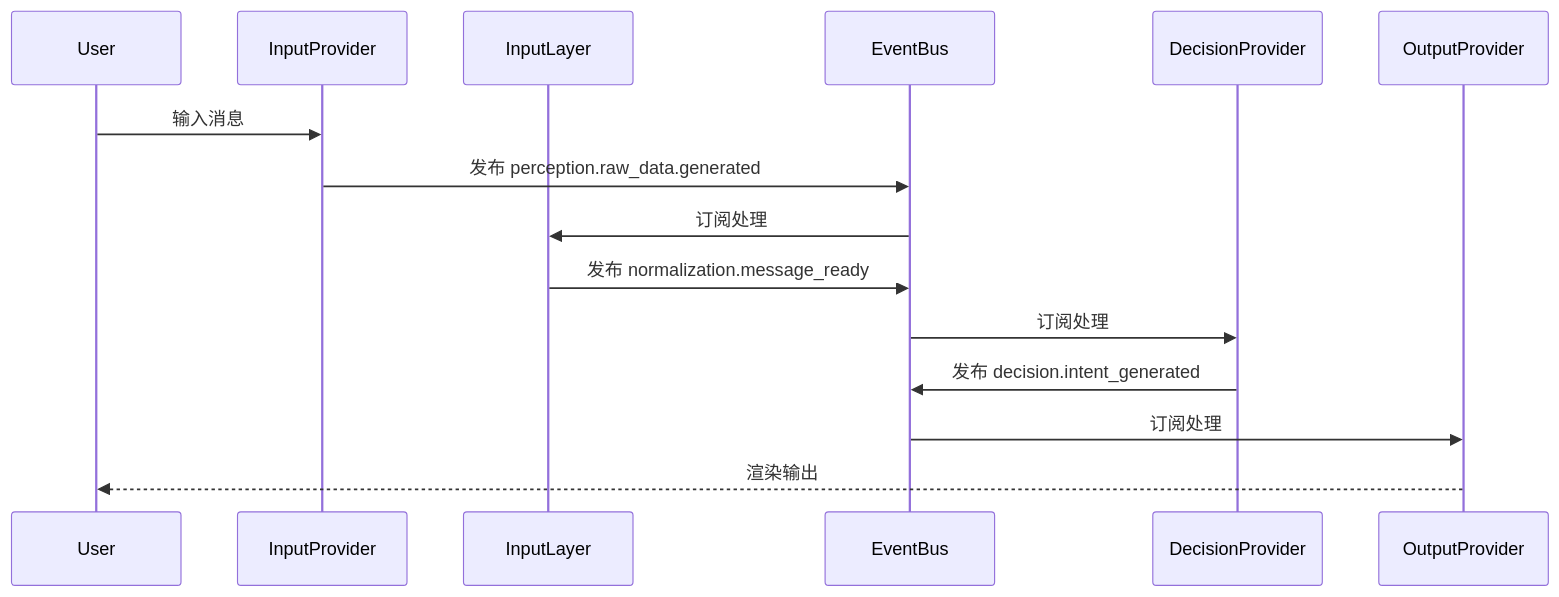
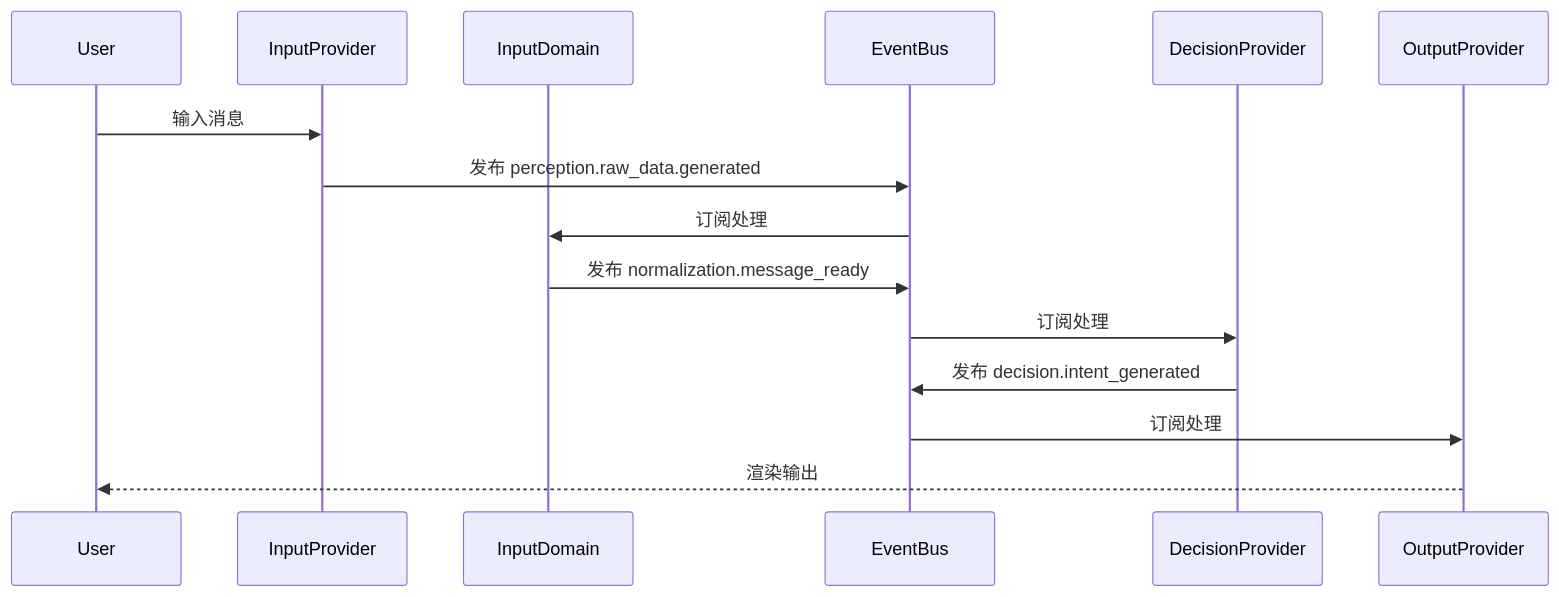
Before and after one commit to Mai-with-u/Amaidesu: the first of 2 diagrams in README.md, drawn with Mermaid. The commit also changed other lines of this file and 105 other files, not shown here.

First line of the commit message:
refactor: Provider Schema 自管理迁移

````diff
--- a/README.md
+++ b/README.md
@@ -107,18 +107,18 @@
 ```mermaid
 sequenceDiagram
     participant User
     participant InputProvider
-    participant InputLayer
+    participant InputDomain
     participant EventBus
     participant DecisionProvider
     participant OutputProvider
 
     User->>InputProvider: 输入消息
     InputProvider->>EventBus: 发布 perception.raw_data.generated
-    EventBus->>InputLayer: 订阅处理
-    InputLayer->>EventBus: 发布 normalization.message_ready
+    EventBus->>InputDomain: 订阅处理
+    InputDomain->>EventBus: 发布 normalization.message_ready
     EventBus->>DecisionProvider: 订阅处理
     DecisionProvider->>EventBus: 发布 decision.intent_generated
     EventBus->>OutputProvider: 订阅处理
     OutputProvider-->>User: 渲染输出
 ```
````
